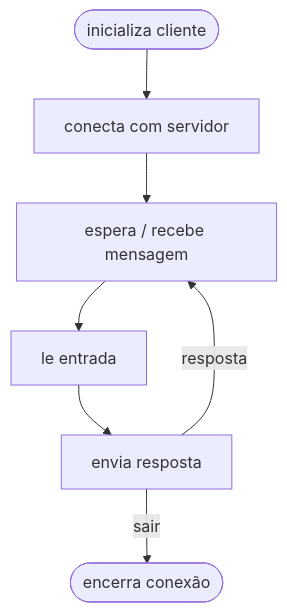
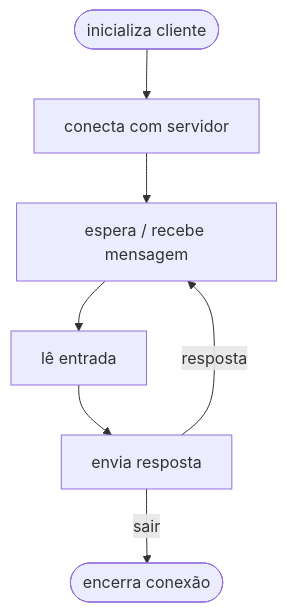
Before and after one commit to gfd23-2023/MiniCoins: the third of 3 diagrams in README.md, drawn with Mermaid. The commit also changed other lines of this file and 1 other file, not shown here.

````diff
--- a/README.md
+++ b/README.md
@@ -125,13 +112,13 @@
 ```mermaid
 flowchart TB
     inicio([inicializa cliente])
     conecta[conecta com servidor]
     espera[espera / recebe mensagem]
-    le[le entrada]
+    le[lê entrada]
     envia[envia resposta]
     encerra([encerra conexão])
 
     inicio --> conecta --> espera --> le --> envia
     envia -- sair --> encerra
     envia -- resposta --> espera
 ```
````
